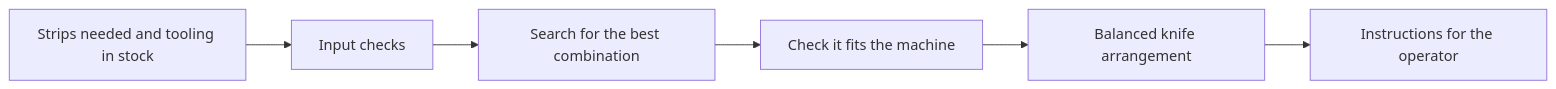
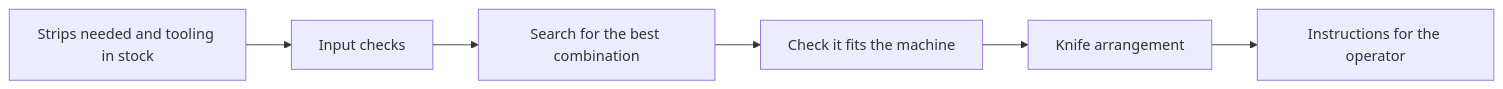
The second of 2 diagrams in README.md (Sogli/shop-floor-tools), drawn with Mermaid before and after one commit. The commit also changed other lines of this file, not shown here.

````diff
--- a/README.md
+++ b/README.md
@@ -119,8 +119,8 @@
 ```mermaid
 flowchart LR
     A["Strips needed and tooling in stock"] --> B["Input checks"]
     B --> C["Search for the best combination"]
     C --> D["Check it fits the machine"]
-    D --> E["Balanced knife arrangement"]
+    D --> E["Knife arrangement"]
     E --> F["Instructions for the operator"]
 ```
````
